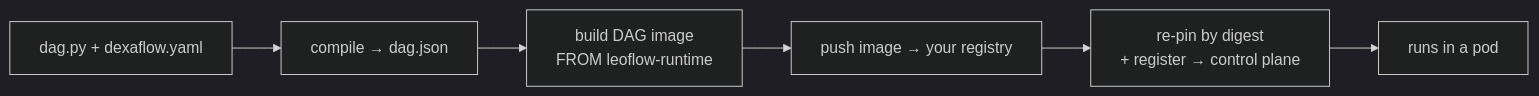
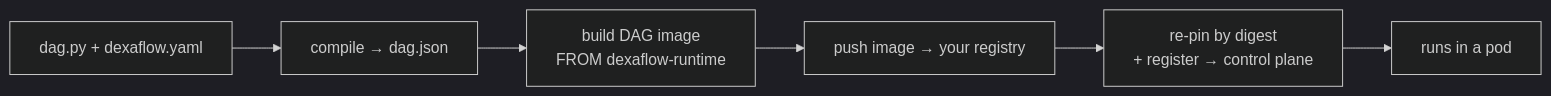
One commit to dexadata/dexaflow changed the diagram in website/content/operate/first-pro-dag.md. Above: the diagram before and after it, drawn with Mermaid (dark theme). The commit also changed other lines of this file and 67 other files, not shown here.

````diff
--- a/website/content/operate/first-pro-dag.md
+++ b/website/content/operate/first-pro-dag.md
@@ -20,8 +20,8 @@
 ```mermaid
 flowchart LR
   A[dag.py + dexaflow.yaml] --> B[compile → dag.json]
-  B --> C[build DAG image<br/>FROM leoflow-runtime]
+  B --> C[build DAG image<br/>FROM dexaflow-runtime]
   C --> D[push image → your registry]
   D --> E[re-pin by digest<br/>+ register → control plane]
   E --> F[runs in a pod]
 ```
````
